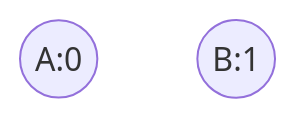
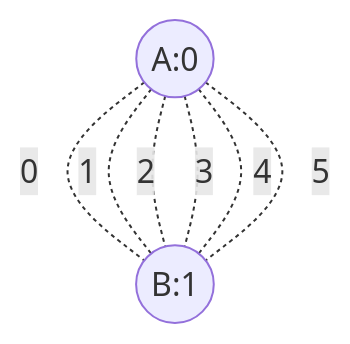
One commit to randomfunkstyle/randomfun2025swift changed the diagram in Resources/TestMaps/two_rooms_full.md. Above: the diagram before and after it, drawn with Mermaid. The commit also changed 8 other files, not shown here.

````diff
--- a/Resources/TestMaps/two_rooms_full.md
+++ b/Resources/TestMaps/two_rooms_full.md
@@ -3,6 +3,12 @@
 ```mermaid
 graph TD
     A((A:0))
     B((B:1))
 
+    A -.0.- B
+    A -.1.- B
+    A -.2.- B
+    A -.3.- B
+    A -.4.- B
+    A -.5.- B
 ```
````
